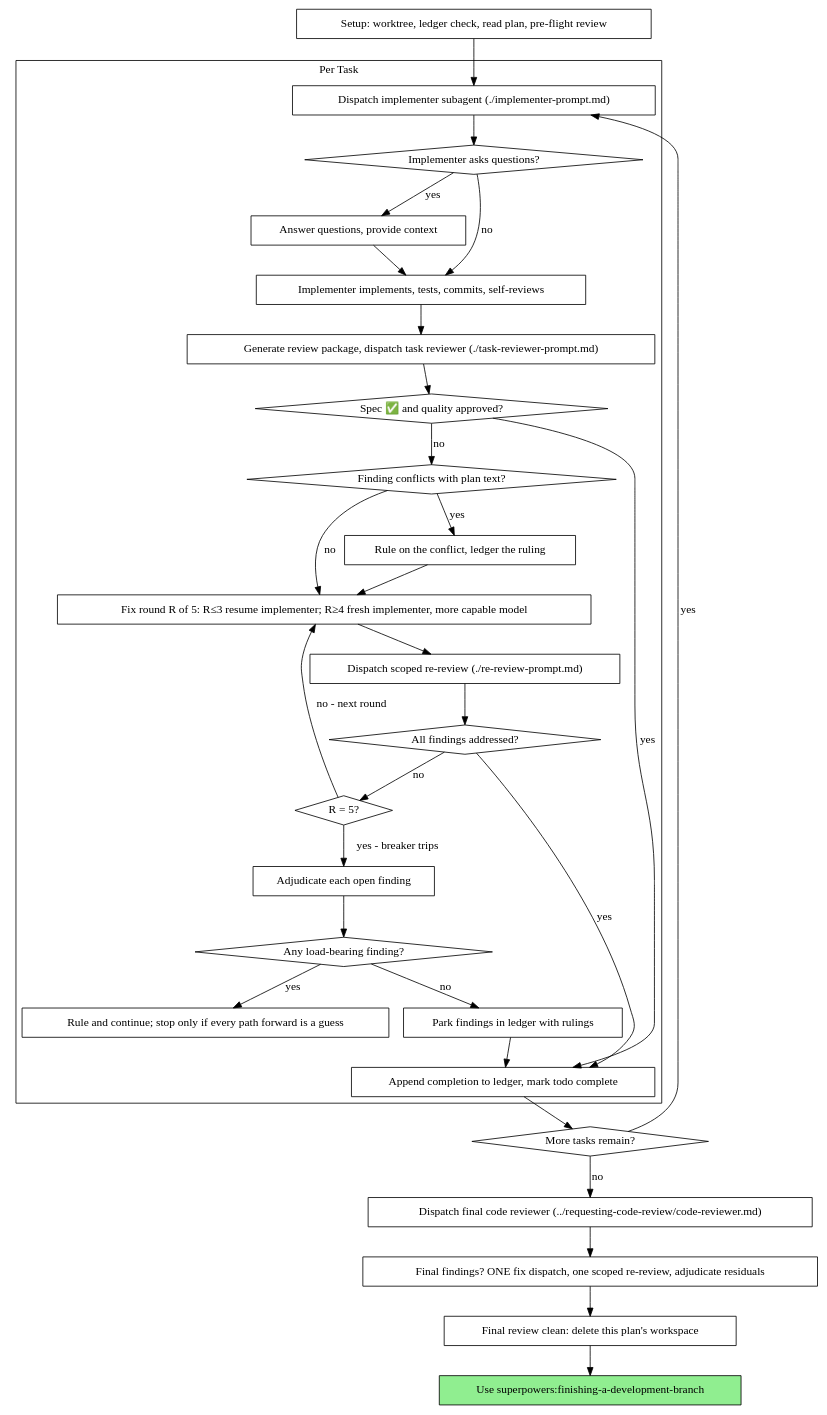
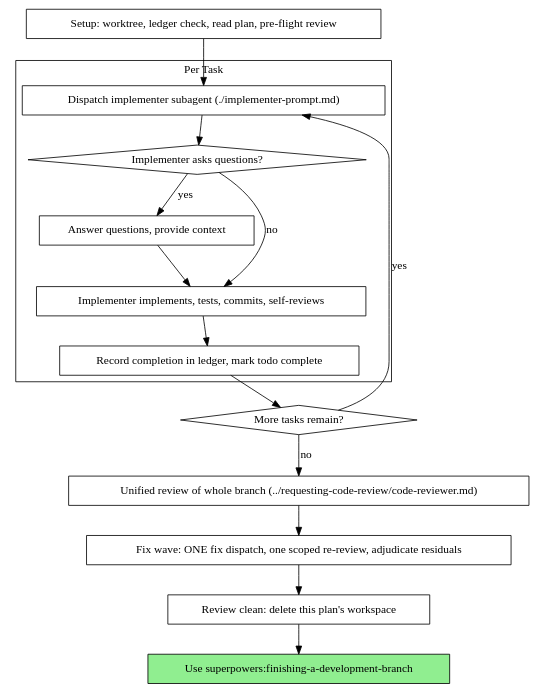
Before and after one commit to flyer21/superpowers: the second of 2 diagrams in skills/subagent-driven-development/SKILL.md, drawn with Graphviz. The commit also changed other lines of this file and 2 other files, not shown here.

First line of the commit message:
refactor(skills/subagent-driven-development): change from per-task review to unified review

````diff
--- a/skills/subagent-driven-development/SKILL.md
+++ b/skills/subagent-driven-development/SKILL.md
@@ -50,62 +50,34 @@
 ```dot
 digraph process {
     rankdir=TB;
 
     subgraph cluster_per_task {
         label="Per Task";
         "Dispatch implementer subagent (./implementer-prompt.md)" [shape=box];
         "Implementer asks questions?" [shape=diamond];
         "Answer questions, provide context" [shape=box];
         "Implementer implements, tests, commits, self-reviews" [shape=box];
-        "Generate review package, dispatch task reviewer (./task-reviewer-prompt.md)" [shape=box];
-        "Spec ✅ and quality approved?" [shape=diamond];
-        "Finding conflicts with plan text?" [shape=diamond];
-        "Rule on the conflict, ledger the ruling" [shape=box];
-        "Fix round R of 5: R≤3 resume implementer; R≥4 fresh implementer, more capable model" [shape=box];
-        "Dispatch scoped re-review (./re-review-prompt.md)" [shape=box];
-        "All findings addressed?" [shape=diamond];
-        "R = 5?" [shape=diamond];
-        "Adjudicate each open finding" [shape=box];
-        "Any load-bearing finding?" [shape=diamond];
-        "Rule and continue; stop only if every path forward is a guess" [shape=box];
-        "Park findings in ledger with rulings" [shape=box];
-        "Append completion to ledger, mark todo complete" [shape=box];
+        "Record completion in ledger, mark todo complete" [shape=box];
     }
 
     "Setup: worktree, ledger check, read plan, pre-flight review" [shape=box];
     "More tasks remain?" [shape=diamond];
-    "Dispatch final code reviewer (../requesting-code-review/code-reviewer.md)" [shape=box];
-    "Final findings? ONE fix dispatch, one scoped re-review, adjudicate residuals" [shape=box];
-    "Final review clean: delete this plan's workspace" [shape=box];
+    "Unified review of whole branch (../requesting-code-review/code-reviewer.md)" [shape=box];
+    "Fix wave: ONE fix dispatch, one scoped re-review, adjudicate residuals" [shape=box];
+    "Review clean: delete this plan's workspace" [shape=box];
     "Use superpowers:finishing-a-development-branch" [shape=box style=filled fillcolor=lightgreen];
 
     "Setup: worktree, ledger check, read plan, pre-flight review" -> "Dispatch implementer subagent (./implementer-prompt.md)";
     "Dispatch implementer subagent (./implementer-prompt.md)" -> "Implementer asks questions?";
     "Implementer asks questions?" -> "Answer questions, provide context" [label="yes"];
     "Answer questions, provide context" -> "Implementer implements, tests, commits, self-reviews";
     "Implementer asks questions?" -> "Implementer implements, tests, commits, self-reviews" [label="no"];
-    "Implementer implements, tests, commits, self-reviews" -> "Generate review package, dispatch task reviewer (./task-reviewer-prompt.md)";
-    "Generate review package, dispatch task reviewer (./task-reviewer-prompt.md)" -> "Spec ✅ and quality approved?";
-    "Spec ✅ and quality approved?" -> "Append completion to ledger, mark todo complete" [label="yes"];
-    "Spec ✅ and quality approved?" -> "Finding conflicts with plan text?" [label="no"];
-    "Finding conflicts with plan text?" -> "Rule on the conflict, ledger the ruling" [label="yes"];
-    "Rule on the conflict, ledger the ruling" -> "Fix round R of 5: R≤3 resume implementer; R≥4 fresh implementer, more capable model";
-    "Finding conflicts with plan text?" -> "Fix round R of 5: R≤3 resume implementer; R≥4 fresh implementer, more capable model" [label="no"];
-    "Fix round R of 5: R≤3 resume implementer; R≥4 fresh implementer, more capable model" -> "Dispatch scoped re-review (./re-review-prompt.md)";
-    "Dispatch scoped re-review (./re-review-prompt.md)" -> "All findings addressed?";
-    "All findings addressed?" -> "Append completion to ledger, mark todo complete" [label="yes"];
-    "All findings addressed?" -> "R = 5?" [label="no"];
-    "R = 5?" -> "Fix round R of 5: R≤3 resume implementer; R≥4 fresh implementer, more capable model" [label="no - next round"];
-    "R = 5?" -> "Adjudicate each open finding" [label="yes - breaker trips"];
-    "Adjudicate each open finding" -> "Any load-bearing finding?";
-    "Any load-bearing finding?" -> "Rule and continue; stop only if every path forward is a guess" [label="yes"];
-    "Any load-bearing finding?" -> "Park findings in ledger with rulings" [label="no"];
-    "Park findings in ledger with rulings" -> "Append completion to ledger, mark todo complete";
-    "Append completion to ledger, mark todo complete" -> "More tasks remain?";
+    "Implementer implements, tests, commits, self-reviews" -> "Record completion in ledger, mark todo complete";
+    "Record completion in ledger, mark todo complete" -> "More tasks remain?";
     "More tasks remain?" -> "Dispatch implementer subagent (./implementer-prompt.md)" [label="yes"];
-    "More tasks remain?" -> "Dispatch final code reviewer (../requesting-code-review/code-reviewer.md)" [label="no"];
-    "Dispatch final code reviewer (../requesting-code-review/code-reviewer.md)" -> "Final findings? ONE fix dispatch, one scoped re-review, adjudicate residuals";
-    "Final findings? ONE fix dispatch, one scoped re-review, adjudicate residuals" -> "Final review clean: delete this plan's workspace";
-    "Final review clean: delete this plan's workspace" -> "Use superpowers:finishing-a-development-branch";
+    "More tasks remain?" -> "Unified review of whole branch (../requesting-code-review/code-reviewer.md)" [label="no"];
+    "Unified review of whole branch (../requesting-code-review/code-reviewer.md)" -> "Fix wave: ONE fix dispatch, one scoped re-review, adjudicate residuals";
+    "Fix wave: ONE fix dispatch, one scoped re-review, adjudicate residuals" -> "Review clean: delete this plan's workspace";
+    "Review clean: delete this plan's workspace" -> "Use superpowers:finishing-a-development-branch";
 }
 ```
````
